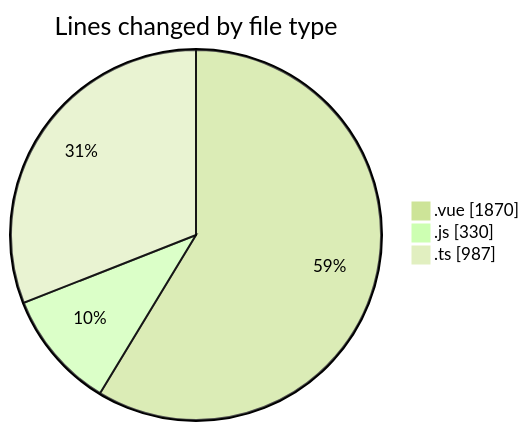
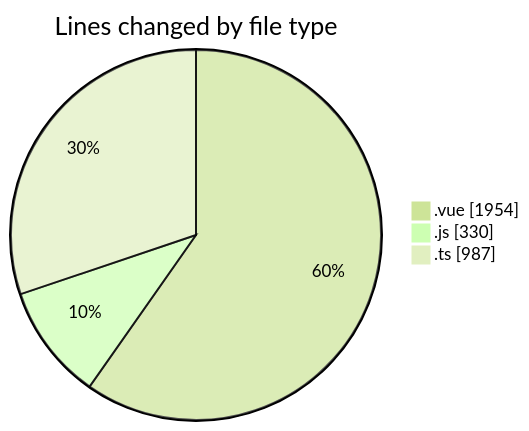
One commit to lephambinh05/code-tracking changed the first of 2 diagrams in 2025-07-14/rentotp/README.md. Above: the diagram before and after it, drawn with Mermaid (forest theme). The commit also changed other lines of this file and 1 other file, not shown here.

````diff
--- a/2025-07-14/rentotp/README.md
+++ b/2025-07-14/rentotp/README.md
@@ -44,7 +44,7 @@
 ```mermaid
 pie showData
 title Lines changed by file type
-".vue" : 1870
+".vue" : 1954
 ".js" : 330
 ".ts" : 987
 ```
````
